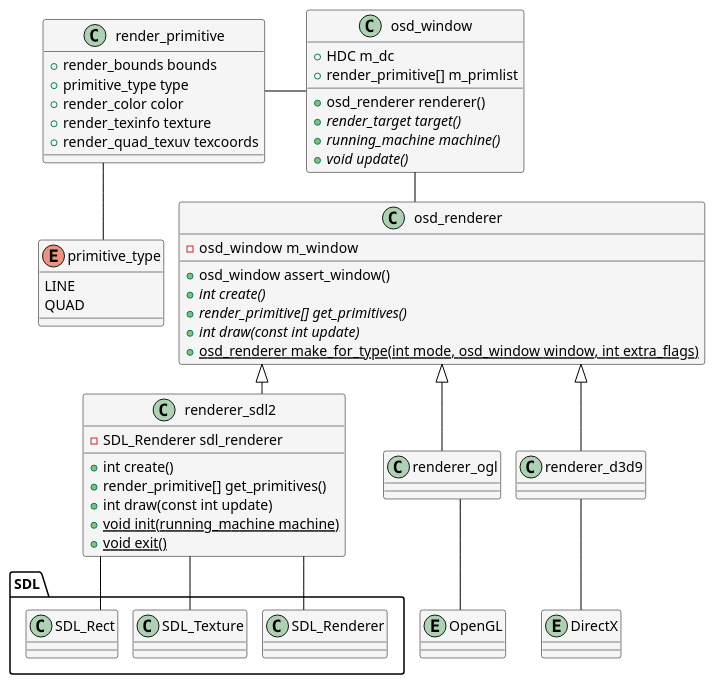
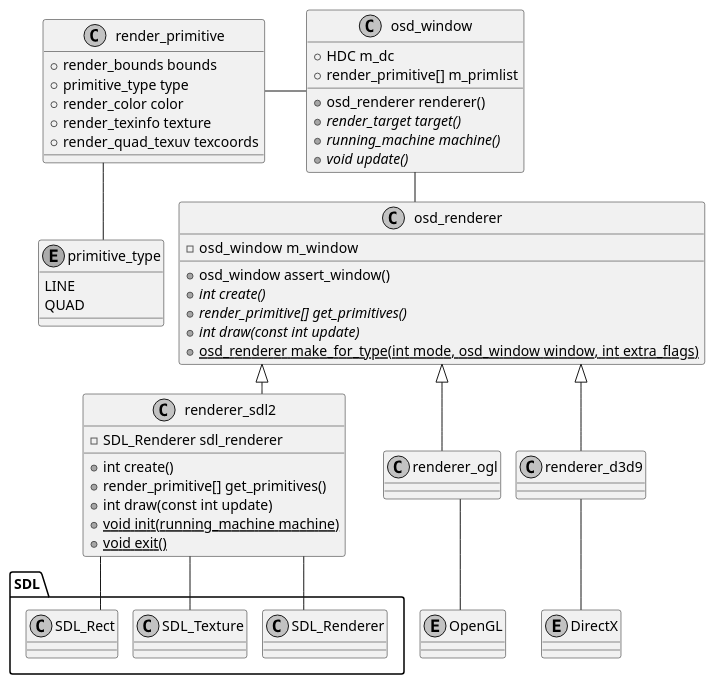
The diagram in Streaming/UML/class_renderingSDLFull.puml (mikymaione/MAMEStreamingPlatform), drawn with PlantUML before and after one commit. The commit also changed 10 other files, not shown here.

```diff
--- a/Streaming/UML/class_renderingSDLFull.puml
+++ b/Streaming/UML/class_renderingSDLFull.puml
@@ -1,77 +1,73 @@
 @startuml
 skinparam Shadowing false
 skinparam LineType ortho
-skinparam ArrowColor black
 skinparam nodesep 15
 skinparam ranksep 30
+skinparam monochrome true
 
-skinparam class {
-    BackgroundColor WhiteSmoke
-    BorderColor black
-}
 
 enum primitive_type
 {
 	LINE
 	QUAD
 }
 
 package SDL {
 	class SDL_Renderer
 	class SDL_Texture
 	class SDL_Rect
 	
 }
 
 class renderer_sdl2 {
 	-SDL_Renderer sdl_renderer
 	
 	+int create()
 	+render_primitive[] get_primitives()    
 	+int draw(const int update)
 	{static} +void init(running_machine machine)
 	{static} +void exit()
 }
 
 class render_primitive {
 	+render_bounds bounds
 	+primitive_type type
 	+render_color color
 	+render_texinfo texture
 	+render_quad_texuv texcoords
 }
 
 class osd_renderer {
     -osd_window  m_window
     +osd_window assert_window()
     {abstract} +int create()
     {abstract} +render_primitive[] get_primitives()
     {abstract} +int draw(const int update)
     {static} +osd_renderer make_for_type(int mode, osd_window window, int extra_flags)
 }
 
 class osd_window {
     +HDC m_dc
     +render_primitive[] m_primlist
     +osd_renderer renderer()        
     {abstract} +render_target target()    
     {abstract} +running_machine machine()
     {abstract} +void update()    
 }
 
 entity DirectX
 entity OpenGL
 
 renderer_ogl -u-|> osd_renderer
 renderer_ogl -d- OpenGL
 renderer_d3d9 -u-|> osd_renderer
 renderer_d3d9 -d- DirectX
 renderer_sdl2 -u-|> osd_renderer
 renderer_sdl2 -- SDL_Renderer
 renderer_sdl2 -- SDL_Texture
 renderer_sdl2 -- SDL_Rect
 
 osd_renderer -u- osd_window
 osd_window -l- render_primitive
 render_primitive -d- primitive_type
 @enduml
```
